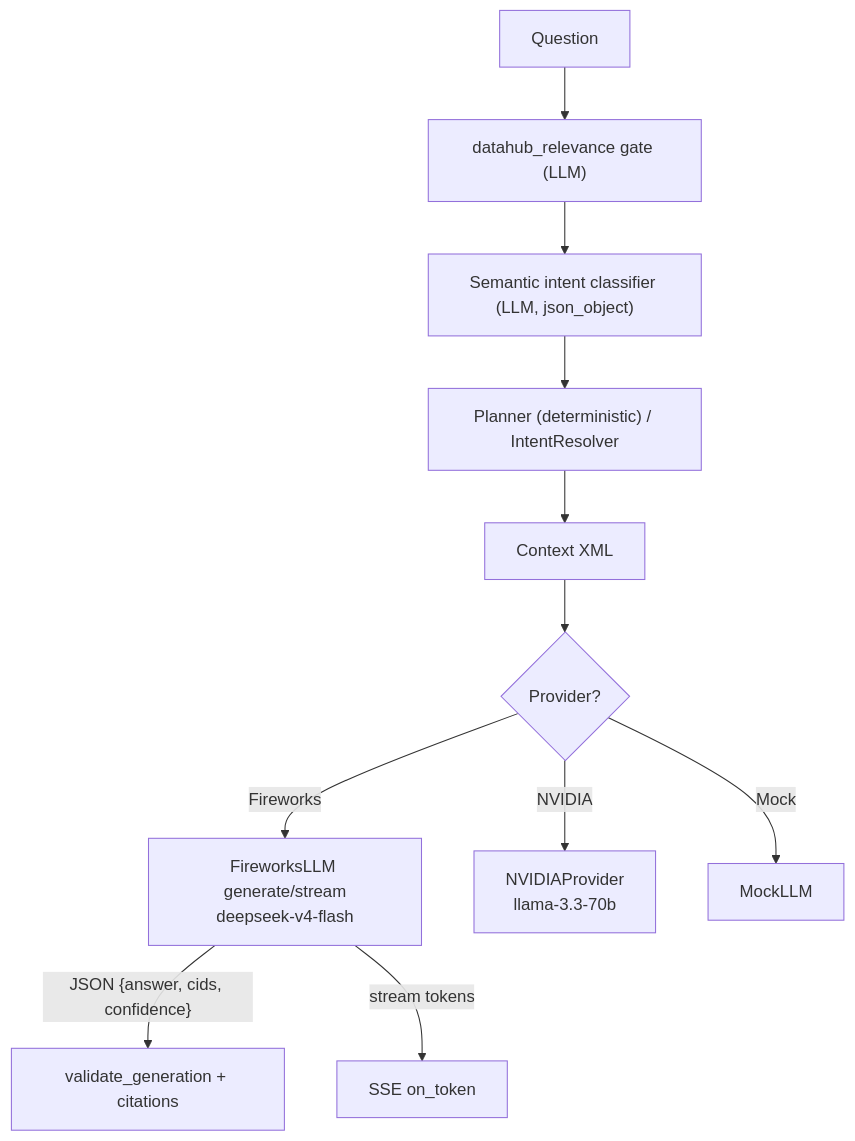
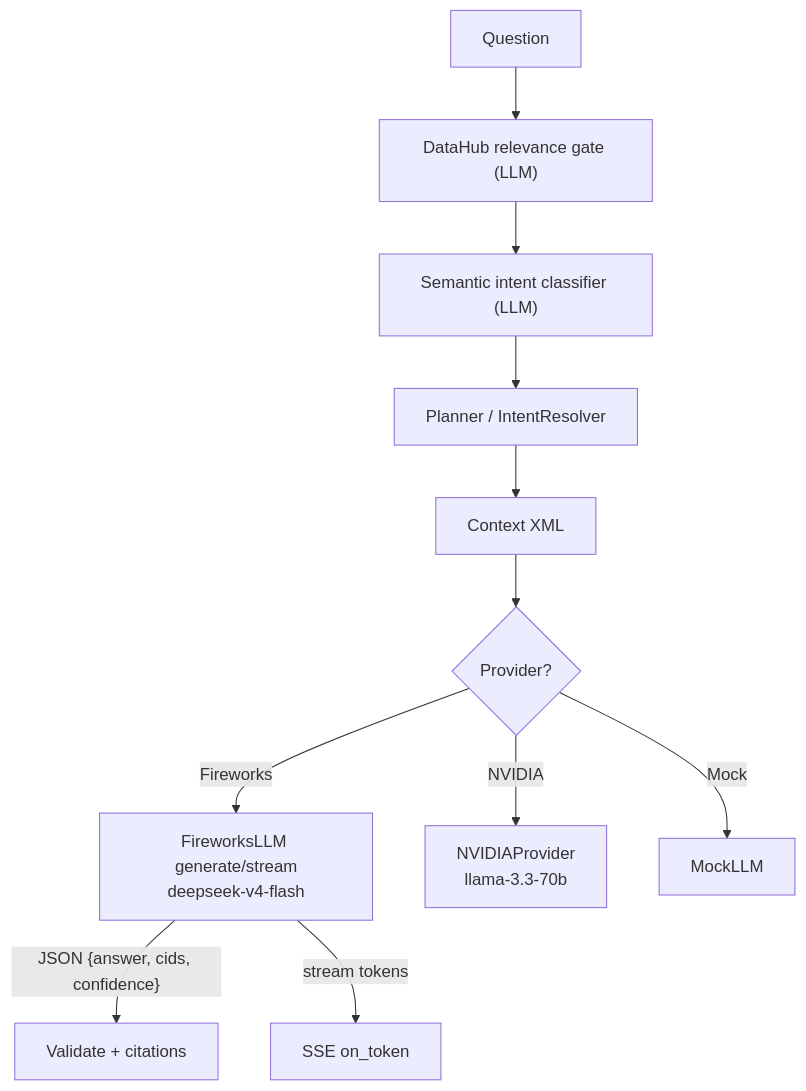
The eighth of 16 diagrams in datahub-ai-chatbot/docs/TECHNICAL_ARCHITECTURE_REPORT.md (anoreo07/datahub_ai_chatbot), drawn with Mermaid before and after one commit. The commit also changed other lines of this file and 414 other files, not shown here.

````diff
--- a/datahub-ai-chatbot/docs/TECHNICAL_ARCHITECTURE_REPORT.md
+++ b/datahub-ai-chatbot/docs/TECHNICAL_ARCHITECTURE_REPORT.md
@@ -790,13 +307,13 @@
 ```mermaid
 flowchart TD
-    Q4["Question"] --> GATE["datahub_relevance gate (LLM)"]
-    GATE --> CLASS["Semantic intent classifier (LLM, json_object)"]
-    CLASS --> PLAN3["Planner (deterministic) / IntentResolver"]
+    Q4["Question"] --> GATE["DataHub relevance gate (LLM)"]
+    GATE --> CLASS["Semantic intent classifier (LLM)"]
+    CLASS --> PLAN3["Planner / IntentResolver"]
     PLAN3 --> CTX3["Context XML"]
     CTX3 --> GEN3{"Provider?"}
     GEN3 -->|"Fireworks"| FW3["FireworksLLM generate/stream<br/>deepseek-v4-flash"]
     GEN3 -->|"NVIDIA"| NV3["NVIDIAProvider<br/>llama-3.3-70b"]
     GEN3 -->|"Mock"| MK3["MockLLM"]
-    FW3 -->|"JSON {answer, cids, confidence}"| V3["validate_generation + citations"]
+    FW3 -->|"JSON {answer, cids, confidence}"| V3["Validate + citations"]
     FW3 -->|"stream tokens"| SSE3["SSE on_token"]
 ```
````
